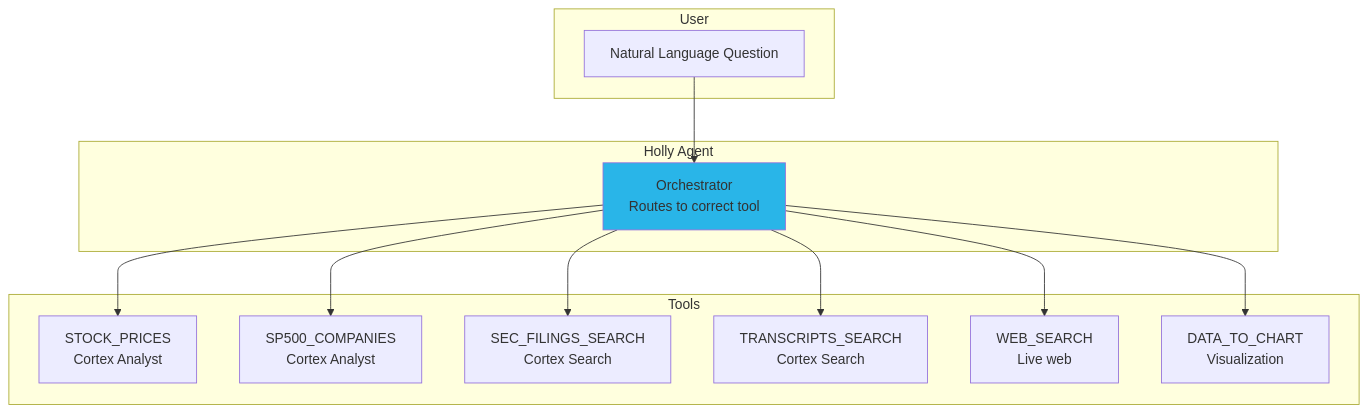
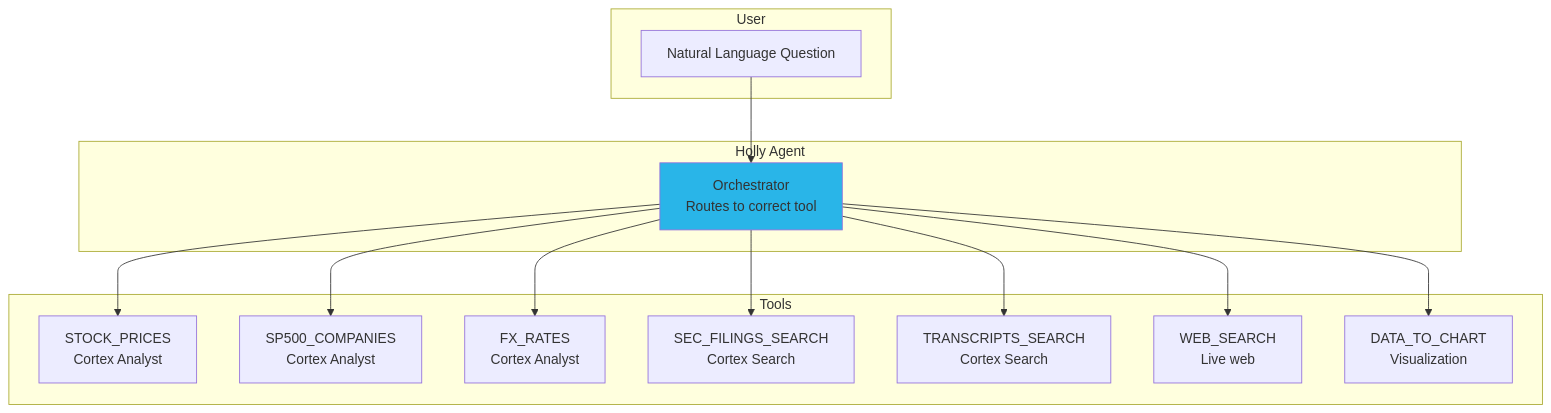
Before and after one commit to sfc-gh-cmoynihan/holly-labs: the diagram in step_6_holly_agent/step6_readme.md, drawn with Mermaid. The commit also changed other lines of this file and 1 other file, not shown here.

````diff
--- a/step_6_holly_agent/step6_readme.md
+++ b/step_6_holly_agent/step6_readme.md
@@ -9,29 +9,31 @@
 ```mermaid
 graph TD
     subgraph "User"
         U[Natural Language Question]
     end
 
     subgraph "Holly Agent"
         O[Orchestrator<br/>Routes to correct tool]
     end
 
     subgraph "Tools"
         T1[STOCK_PRICES<br/>Cortex Analyst]
         T2[SP500_COMPANIES<br/>Cortex Analyst]
-        T3[SEC_FILINGS_SEARCH<br/>Cortex Search]
-        T4[TRANSCRIPTS_SEARCH<br/>Cortex Search]
-        T5[WEB_SEARCH<br/>Live web]
-        T6[DATA_TO_CHART<br/>Visualization]
+        T3[FX_RATES<br/>Cortex Analyst]
+        T4[SEC_FILINGS_SEARCH<br/>Cortex Search]
+        T5[TRANSCRIPTS_SEARCH<br/>Cortex Search]
+        T6[WEB_SEARCH<br/>Live web]
+        T7[DATA_TO_CHART<br/>Visualization]
     end
 
     U --> O
     O --> T1
     O --> T2
     O --> T3
     O --> T4
     O --> T5
     O --> T6
+    O --> T7
 
     style O fill:#29B5E8
 ```
````
